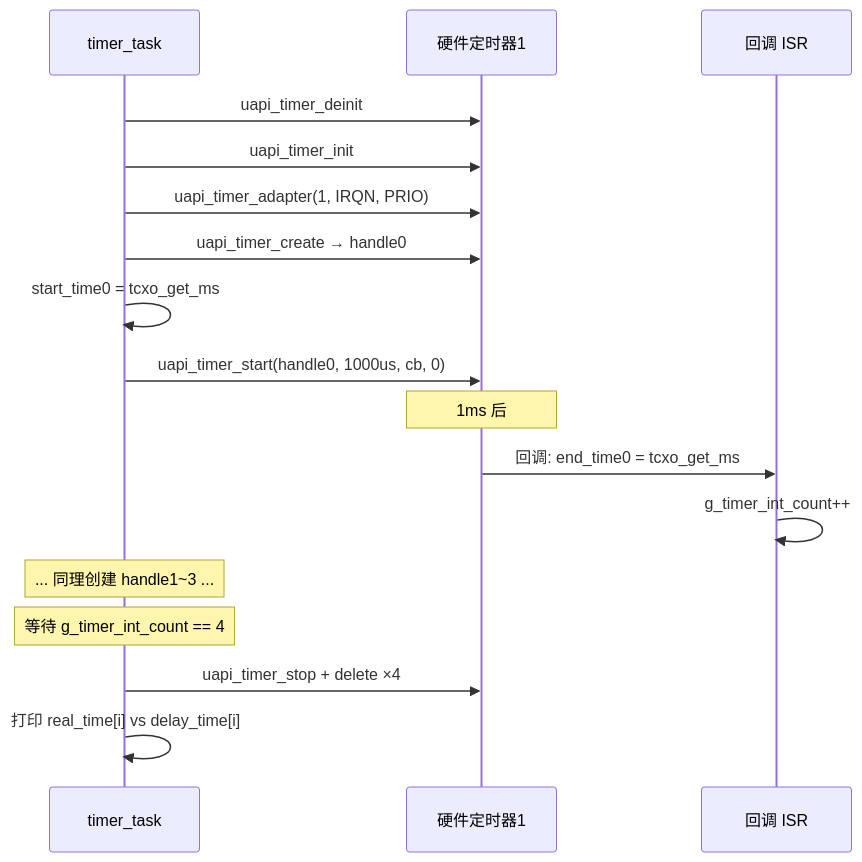
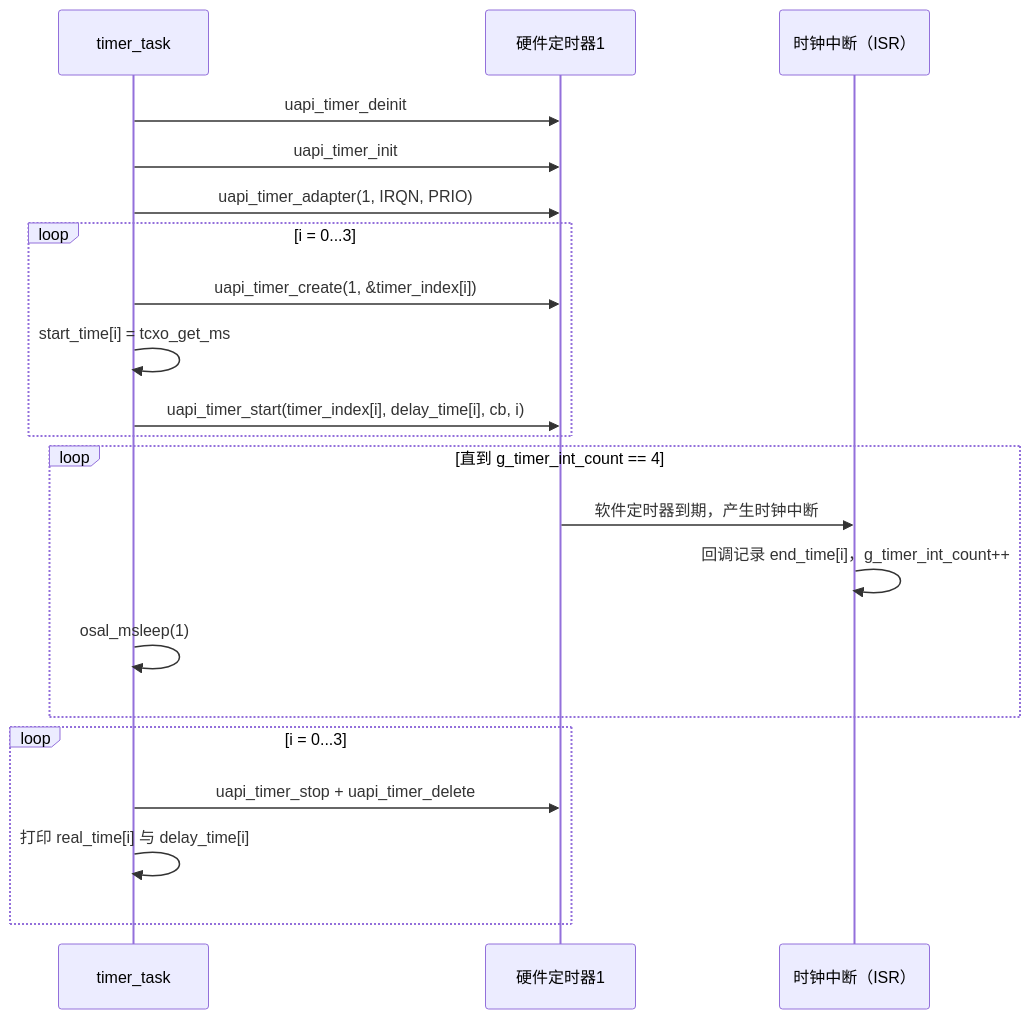
The second of 2 diagrams in docs/zh-CN/samples/peripherals/timer-hw/timer-hw.md (sanchuanhehe/fbb_ws53), drawn with Mermaid before and after one commit. The commit also changed other lines of this file and 2 other files, not shown here.

````diff
--- a/docs/zh-CN/samples/peripherals/timer-hw/timer-hw.md
+++ b/docs/zh-CN/samples/peripherals/timer-hw/timer-hw.md
@@ -93,22 +80,27 @@
 ```mermaid
 sequenceDiagram
     participant T as timer_task
     participant H as 硬件定时器1
-    participant C as 回调 ISR
+    participant I as 时钟中断（ISR）
 
     T->>H: uapi_timer_deinit
     T->>H: uapi_timer_init
     T->>H: uapi_timer_adapter(1, IRQN, PRIO)
-    T->>H: uapi_timer_create → handle0
-    T->>T: start_time0 = tcxo_get_ms
-    T->>H: uapi_timer_start(handle0, 1000us, cb, 0)
 
-    Note over H: 1ms 后
-    H->>C: 回调: end_time0 = tcxo_get_ms
-    C->>C: g_timer_int_count++
+    loop i = 0...3
+        T->>H: uapi_timer_create(1, &timer_index[i])
+        T->>T: start_time[i] = tcxo_get_ms
+        T->>H: uapi_timer_start(timer_index[i], delay_time[i], cb, i)
+    end
 
-    Note over T: ... 同理创建 handle1~3 ...
-    Note over T: 等待 g_timer_int_count == 4
-    T->>H: uapi_timer_stop + delete ×4
-    T->>T: 打印 real_time[i] vs delay_time[i]
+    loop 直到 g_timer_int_count == 4
+        H->>I: 软件定时器到期，产生时钟中断
+        I->>I: 回调记录 end_time[i]，g_timer_int_count++
+        T->>T: osal_msleep(1)
+    end
+
+    loop i = 0...3
+        T->>H: uapi_timer_stop + uapi_timer_delete
+        T->>T: 打印 real_time[i] 与 delay_time[i]
+    end
 ```
````
